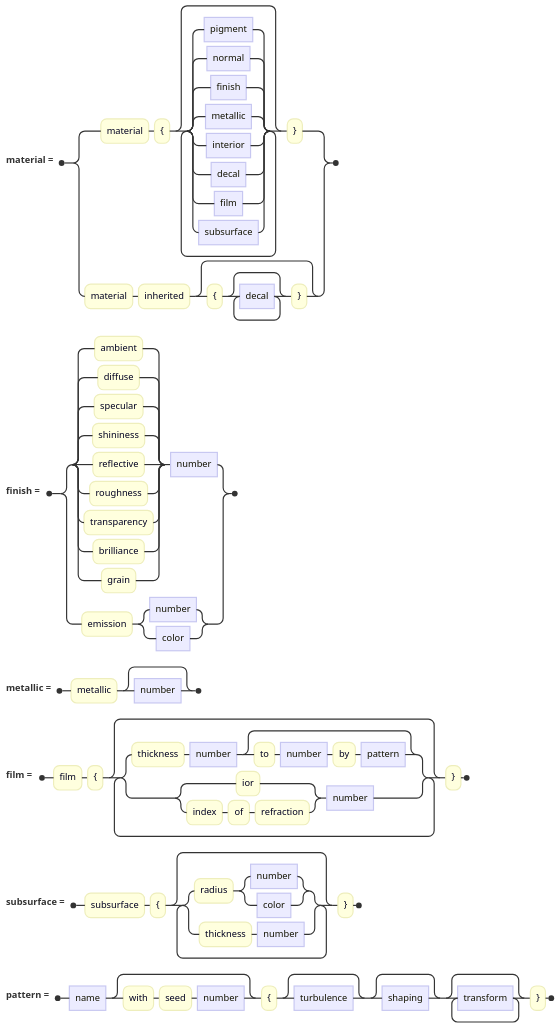
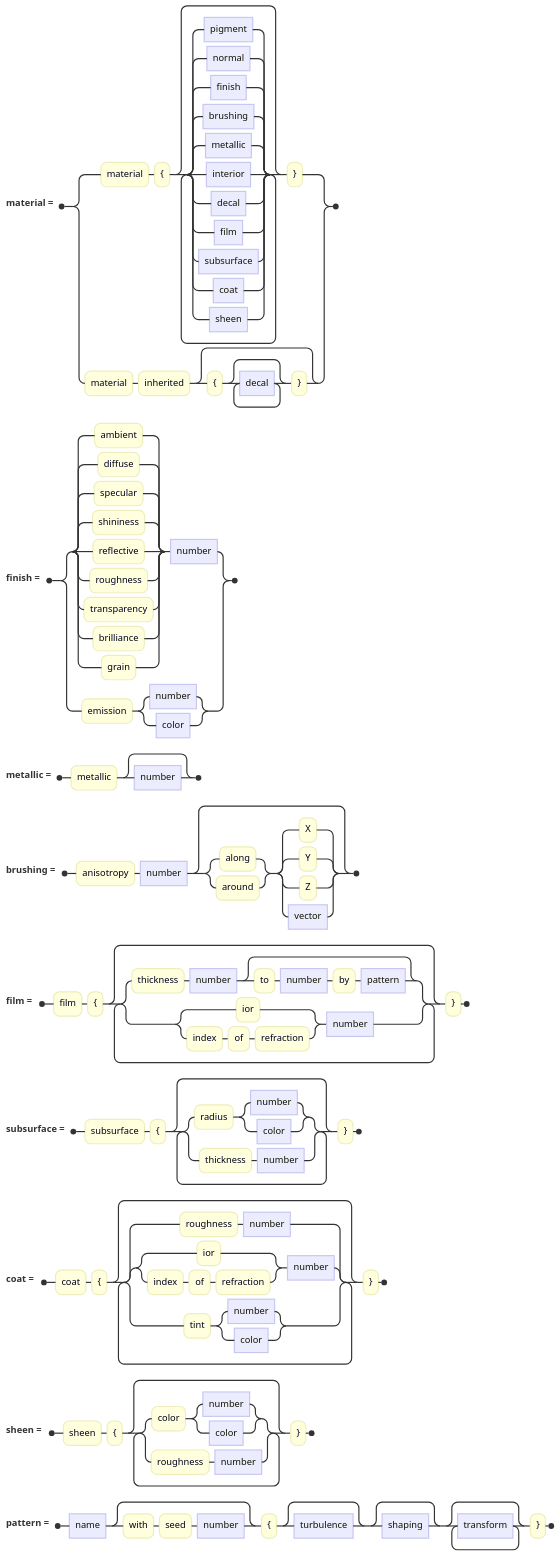
Before and after one commit to jskress/RayTracer: the diagram in docs/diagrams/materials/materialClause.mmd, drawn with Mermaid. The commit also changed 36 other files, not shown here.

```diff
--- a/docs/diagrams/materials/materialClause.mmd
+++ b/docs/diagrams/materials/materialClause.mmd
@@ -1,18 +1,26 @@
 railroad-ebnf-beta
 title "A material"
 
-material = "material" "{" { pigment | normal | finish | metallic | interior | decal | film | subsurface } "}"
+material = "material" "{" { pigment | normal | finish | brushing | metallic | interior | decal | film | subsurface
+                           | coat | sheen } "}"
          | "material" "inherited" [ "{" { decal } "}" ] ;
 
 finish = ( "ambient" | "diffuse" | "specular" | "shininess" | "reflective"
          | "roughness" | "transparency" | "brilliance" | "grain" ) number
        | "emission" ( number | color ) ;
 
 metallic = "metallic" [ number ] ;
 
+brushing = "anisotropy" number [ ( "along" | "around" ) ( "X" | "Y" | "Z" | vector ) ] ;
+
 film = "film" "{" { "thickness" number [ "to" number "by" pattern ]
                   | ( "ior" | "index" "of" "refraction" ) number } "}" ;
 
 subsurface = "subsurface" "{" { "radius" ( number | color ) | "thickness" number } "}" ;
 
+coat = "coat" "{" { "roughness" number | ( "ior" | "index" "of" "refraction" ) number
+                  | "tint" ( number | color ) } "}" ;
+
+sheen = "sheen" "{" { "color" ( number | color ) | "roughness" number } "}" ;
+
 pattern = name [ "with" "seed" number ] "{" [ turbulence ] [ shaping ] { transform } "}" ;
```
